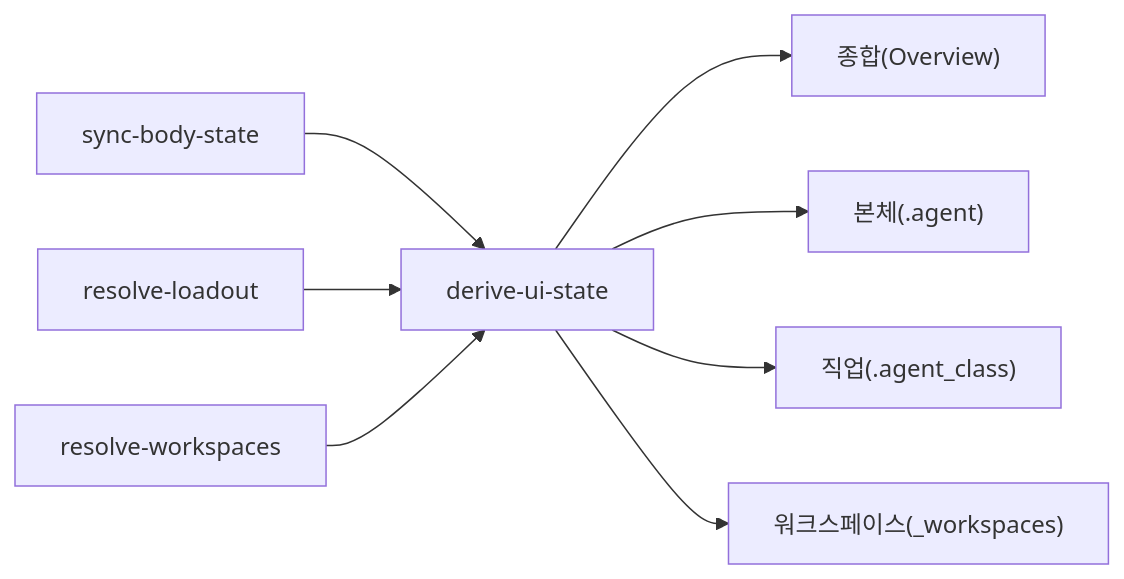
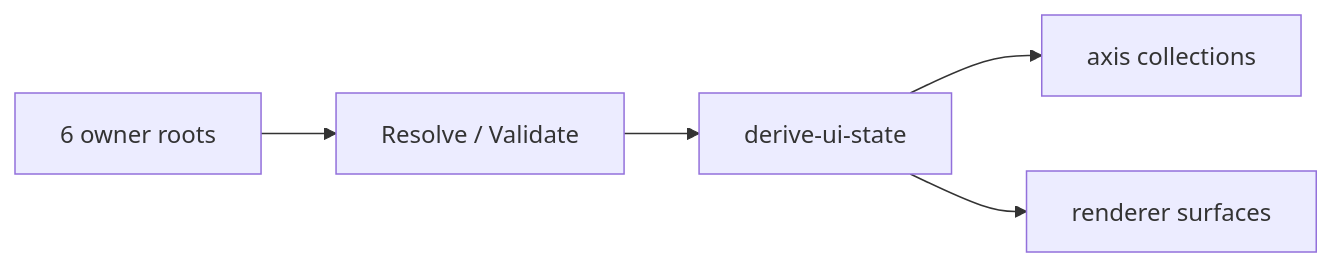
The diagram in docs/architecture/ui/UI_DERIVED_STATE_CONTRACT.md (SungYongMOON/soulforge), drawn with Mermaid before and after one commit. The commit also changed other lines of this file and 148 other files, not shown here.

````diff
--- a/docs/architecture/ui/UI_DERIVED_STATE_CONTRACT.md
+++ b/docs/architecture/ui/UI_DERIVED_STATE_CONTRACT.md
@@ -12,10 +10,7 @@
 ```mermaid
 flowchart LR
-  SBS["sync-body-state"] --> DUS["derive-ui-state"]
-  RLO["resolve-loadout"] --> DUS
-  RWS["resolve-workspaces"] --> DUS
-  DUS --> OV["종합(Overview)"]
-  DUS --> BD["본체(.agent)"]
-  DUS --> CL["직업(.agent_class)"]
-  DUS --> WS["워크스페이스(_workspaces)"]
+  SRC["6 owner roots"] --> RES["Resolve / Validate"]
+  RES --> DUS["derive-ui-state"]
+  DUS --> AX["axis collections"]
+  DUS --> SUR["renderer surfaces"]
 ```
````
